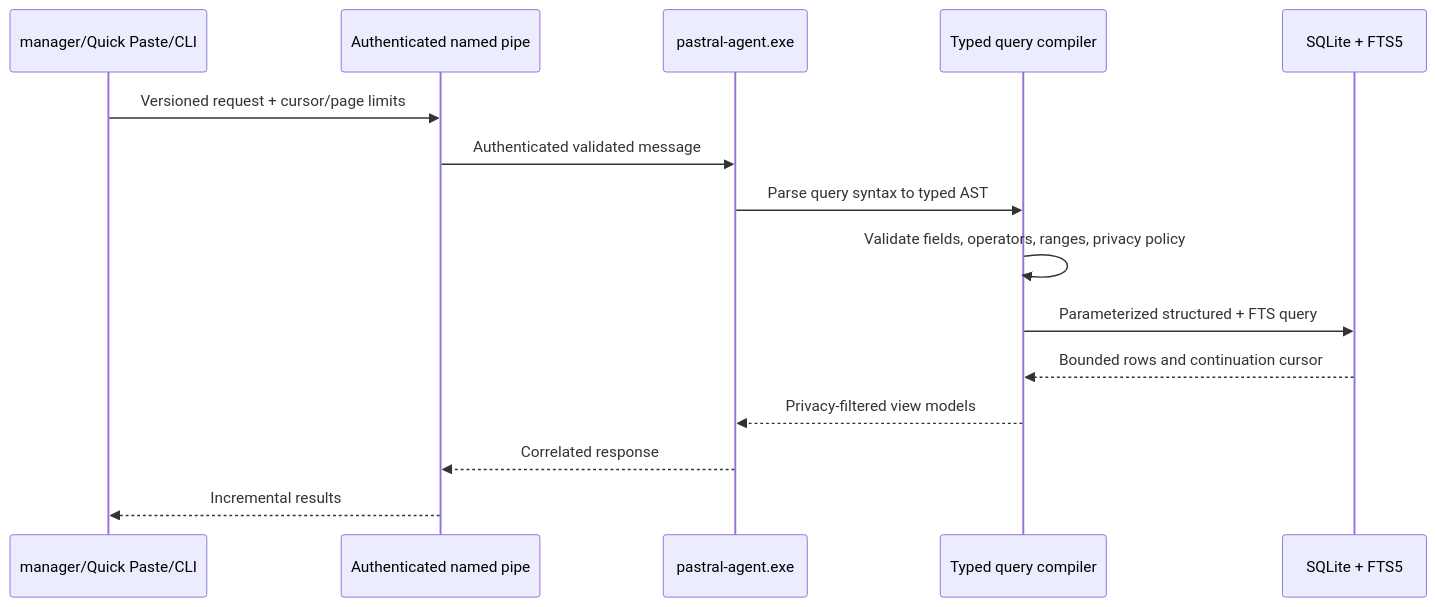
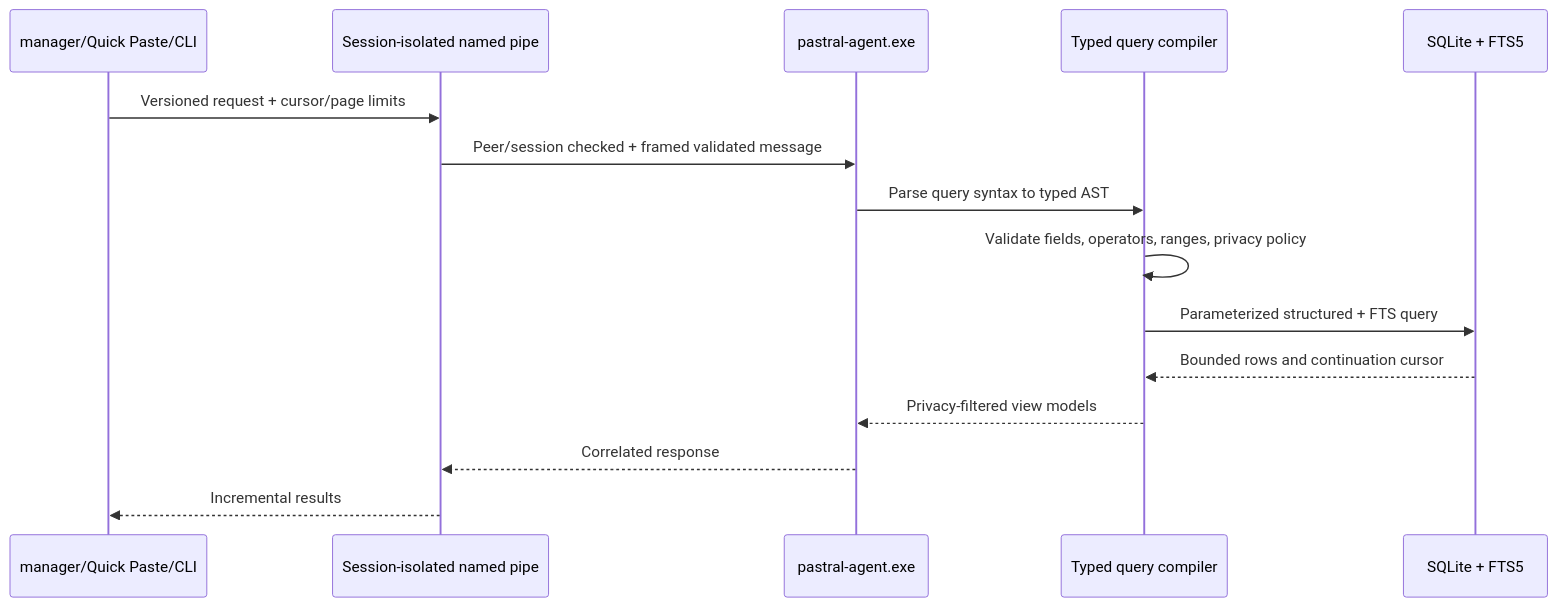
The second of 4 diagrams in docs/architecture/data-flow.md (KanzuXHorizon/Pastral), drawn with Mermaid before and after one commit. The commit also changed other lines of this file and 50 other files, not shown here.

Commit message:
docs: harden Pastral architecture assumptions

````diff
--- a/docs/architecture/data-flow.md
+++ b/docs/architecture/data-flow.md
@@ -42,18 +53,18 @@
 ```mermaid
 sequenceDiagram
     participant UI as manager/Quick Paste/CLI
-    participant IPC as Authenticated named pipe
+    participant IPC as Session-isolated named pipe
     participant Agent as pastral-agent.exe
     participant Search as Typed query compiler
     participant DB as SQLite + FTS5
 
     UI->>IPC: Versioned request + cursor/page limits
-    IPC->>Agent: Authenticated validated message
+    IPC->>Agent: Peer/session checked + framed validated message
     Agent->>Search: Parse query syntax to typed AST
     Search->>Search: Validate fields, operators, ranges, privacy policy
     Search->>DB: Parameterized structured + FTS query
     DB-->>Search: Bounded rows and continuation cursor
     Search-->>Agent: Privacy-filtered view models
     Agent-->>IPC: Correlated response
     IPC-->>UI: Incremental results
 ```
````
